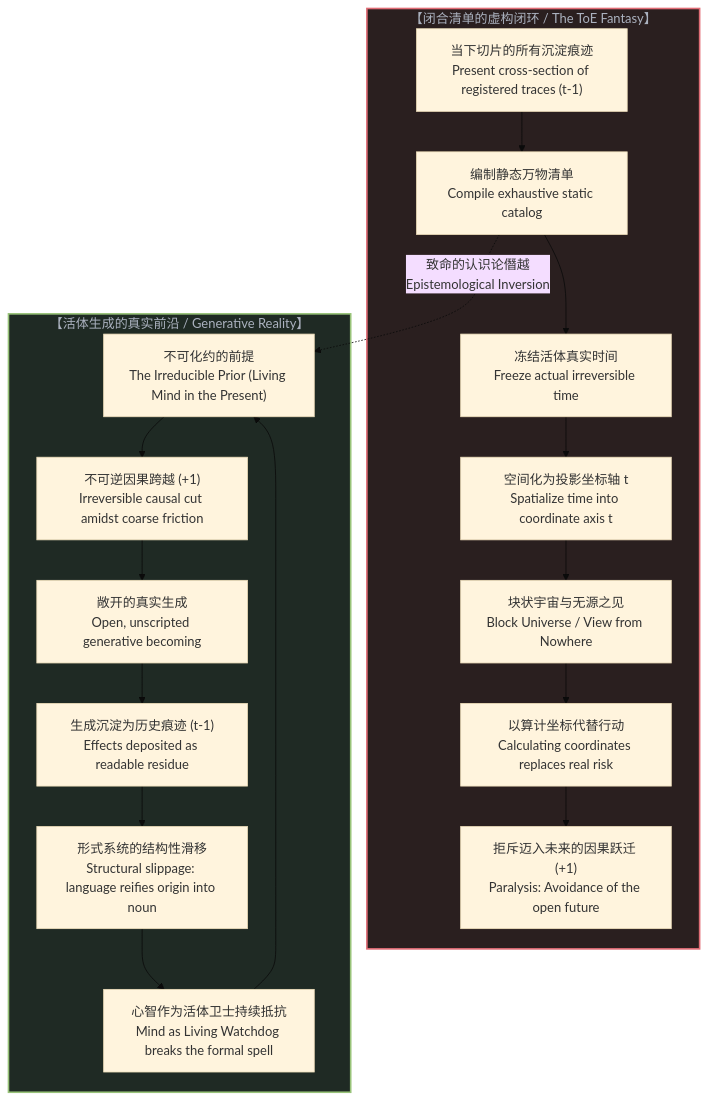
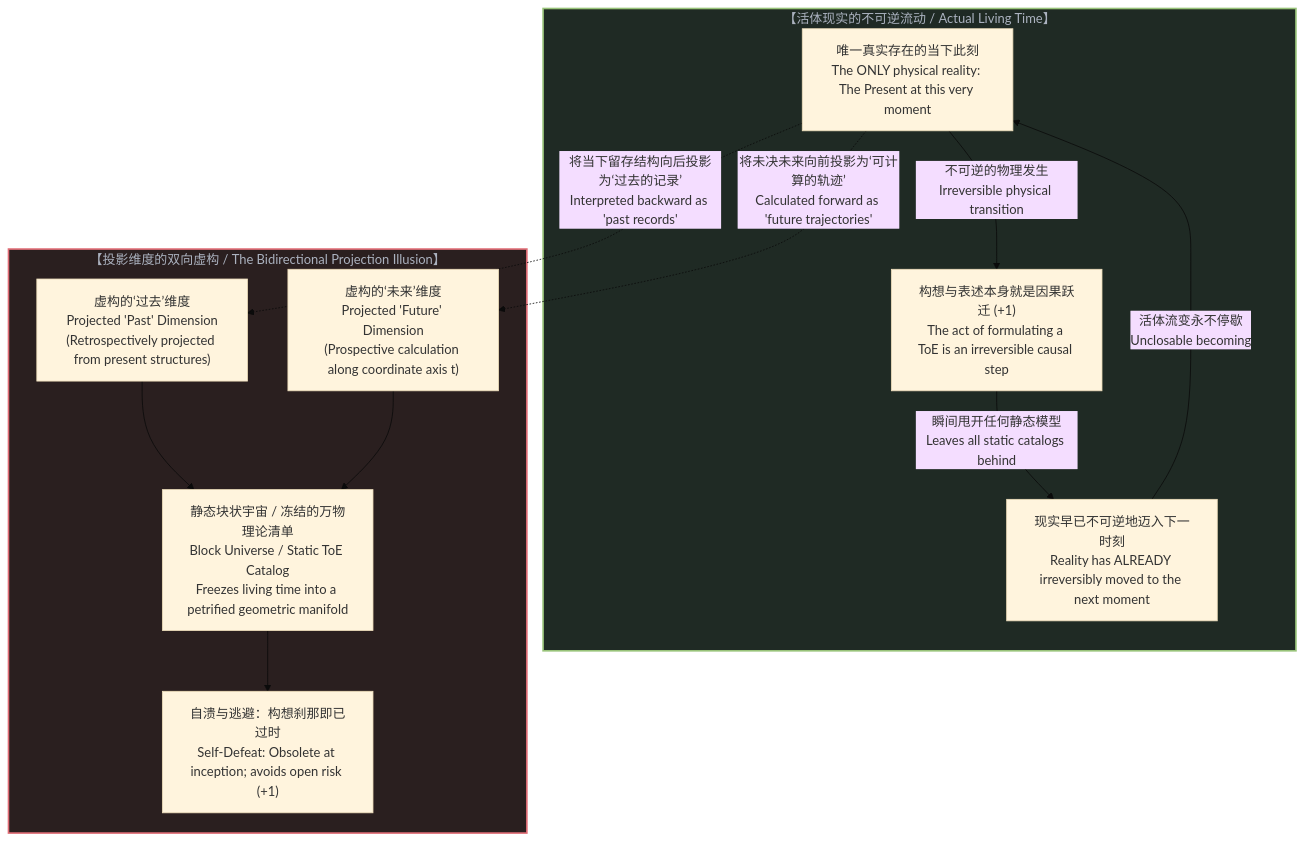
Before and after one commit to powerpig99/not-a-toe: the diagram in content/posts/demanding-a-toe-freezes-time-into-a-catalog.md, drawn with Mermaid (base theme). The commit also changed other lines of this file and 3 other files, not shown here.

First line of the commit message:
Refine essay: No record of the past, only present; ToE self-refutes at inception

````diff
--- a/content/posts/demanding-a-toe-freezes-time-into-a-catalog.md
+++ b/content/posts/demanding-a-toe-freezes-time-into-a-catalog.md
@@ -239,24 +347,28 @@
 ```mermaid
 graph TD
-    subgraph TrackA["【闭合清单的虚构闭环 / The ToE Fantasy】"]
-        A1["当下切片的所有沉淀痕迹<br>Present cross-section of registered traces (t-1)"] --> A2["编制静态万物清单<br>Compile exhaustive static catalog"]
-        A2 --> A3["冻结活体真实时间<br>Freeze actual irreversible time"]
-        A3 --> A4["空间化为投影坐标轴 t<br>Spatialize time into coordinate axis t"]
-        A4 --> A5["块状宇宙与无源之见<br>Block Universe / View from Nowhere"]
-        A5 --> A6["以算计坐标代替行动<br>Calculating coordinates replaces real risk"]
-        A6 --> A7["拒斥迈入未来的因果跃迁 (+1)<br>Paralysis: Avoidance of the open future"]
+    subgraph ActualTime["【活体现实的不可逆流动 / Actual Living Time】"]
+        Now["唯一真实存在的当下此刻<br>The ONLY physical reality: The Present at this very moment"]
+        Act["构想与表述本身就是因果跃迁 (+1)<br>The act of formulating a ToE is an irreversible causal step"]
+        Next["现实早已不可逆地迈入下一时刻<br>Reality has ALREADY irreversibly moved to the next moment"]
+        
+        Now -->|"不可逆的物理发生<br>Irreversible physical transition"| Act
+        Act -->|"瞬间甩开任何静态模型<br>Leaves all static catalogs behind"| Next
+        Next -->|"活体流变永不停歇<br>Unclosable becoming"| Now
     end
 
-    subgraph TrackB["【活体生成的真实前沿 / Generative Reality】"]
-        B1["不可化约的前提<br>The Irreducible Prior (Living Mind in the Present)"] --> B2["不可逆因果跨越 (+1)<br>Irreversible causal cut amidst coarse friction"]
-        B2 --> B3["敞开的真实生成<br>Open, unscripted generative becoming"]
-        B3 --> B4["生成沉淀为历史痕迹 (t-1)<br>Effects deposited as readable residue"]
-        B4 --> B5["形式系统的结构性滑移<br>Structural slippage: language reifies origin into noun"]
-        B5 --> B6["心智作为活体卫士持续抵抗<br>Mind as Living Watchdog breaks the formal spell"]
-        B6 --> B1
+    subgraph DimensionIllusion["【投影维度的双向虚构 / The Bidirectional Projection Illusion】"]
+        P_Past["虚构的‘过去’维度<br>Projected 'Past' Dimension<br>(Retrospectively projected from present structures)"]
+        P_Future["虚构的‘未来’维度<br>Projected 'Future' Dimension<br>(Prospective calculation along coordinate axis t)"]
+        
+        P_Block["静态块状宇宙 / 冻结的万物理论清单<br>Block Universe / Static ToE Catalog<br>Freezes living time into a petrified geometric manifold"]
+        P_Past --> P_Block
+        P_Future --> P_Block
+        P_Block --> P_Paralysis["自溃与逃避：构想刹那即已过时<br>Self-Defeat: Obsolete at inception; avoids open risk (+1)"]
     end
 
-    A2 -. "致命的认识论僭越<br>Epistemological Inversion" .-> B1
-    style TrackA fill:#2a1f1f,stroke:#e06c75,stroke-width:2px,color:#abb2bf
-    style TrackB fill:#1f2a24,stroke:#98c379,stroke-width:2px,color:#abb2bf
+    Now -. "将当下留存结构向后投影为‘过去的记录’<br>Interpreted backward as 'past records'" .-> P_Past
+    Now -. "将未决未来向前投影为‘可计算的轨迹’<br>Calculated forward as 'future trajectories'" .-> P_Future
+
+    style ActualTime fill:#1f2a24,stroke:#98c379,stroke-width:2px,color:#abb2bf
+    style DimensionIllusion fill:#2a1f1f,stroke:#e06c75,stroke-width:2px,color:#abb2bf
 ```
````
